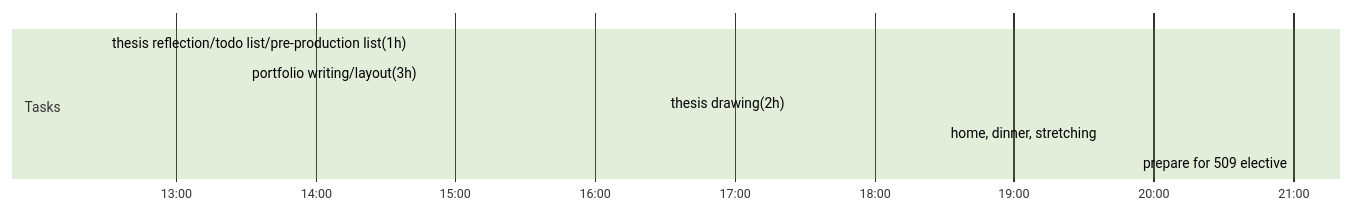
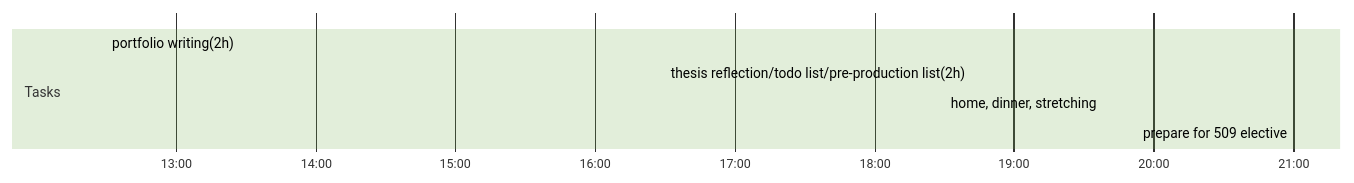
Before and after one commit to PseudoPau/ThesisLog: the diagram in Day Planners/Day Planner-20230110.md, drawn with Mermaid (forest theme). The commit also changed other lines of this file and 1 other file, not shown here.

Commit message:
vault backup: 2023-01-10 16:17:06

````diff
--- a/Day Planners/Day Planner-20230110.md
+++ b/Day Planners/Day Planner-20230110.md
@@ -2,14 +2,13 @@
 ```mermaid
 gantt
     dateFormat  HH-mm
     axisFormat %H:%M
-    %% Current Time: 1:09:03 PM
+    %% Current Time: 4:17:04 PM
     section Tasks
-    thesis reflection/todo list/pre-production list(1h)     :12-30, 60mm
-    portfolio writing/layout(3h)     :13-30, 180mm
-    thesis drawing(2h)     :16-30, 120mm
+    portfolio writing(2h)     :12-30, 240mm
+    thesis reflection/todo list/pre-production list(2h)     :16-30, 120mm
     home, dinner, stretching     :18-30, 150mm
     prepare for 509 elective     :21-00, 0mm
     section Breaks
 
 ```
````
